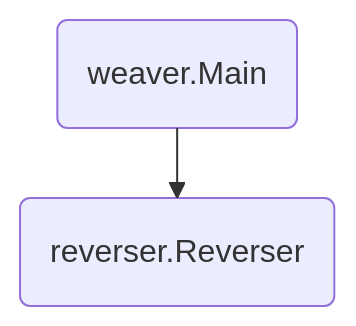
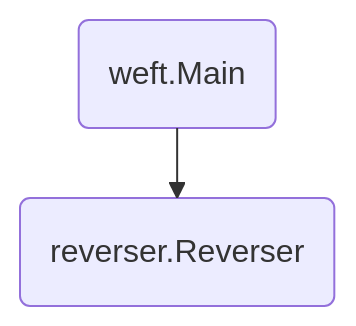
Before and after one commit to brunobls/weft: the diagram in examples/reverser/README.md, drawn with Mermaid. The commit also changed 10 other files, not shown here.

````diff
--- a/examples/reverser/README.md
+++ b/examples/reverser/README.md
@@ -6,10 +6,10 @@
 ```mermaid
 %%{init: {"flowchart": {"defaultRenderer": "elk"}} }%%
 graph TD
     %% Nodes.
-    github.com/brunobls/weft/Main(weaver.Main)
+    github.com/brunobls/weft/Main(weft.Main)
     github.com/brunobls/weft/examples/reverser/Reverser(reverser.Reverser)
 
     %% Edges.
     github.com/brunobls/weft/Main --> github.com/brunobls/weft/examples/reverser/Reverser
 ```
````
